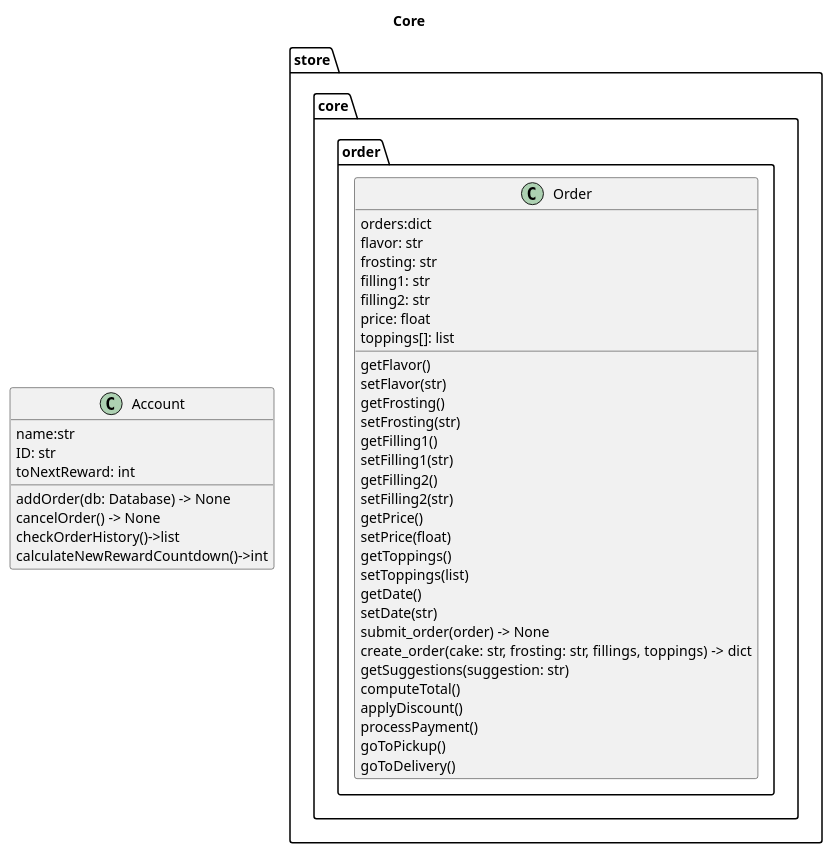
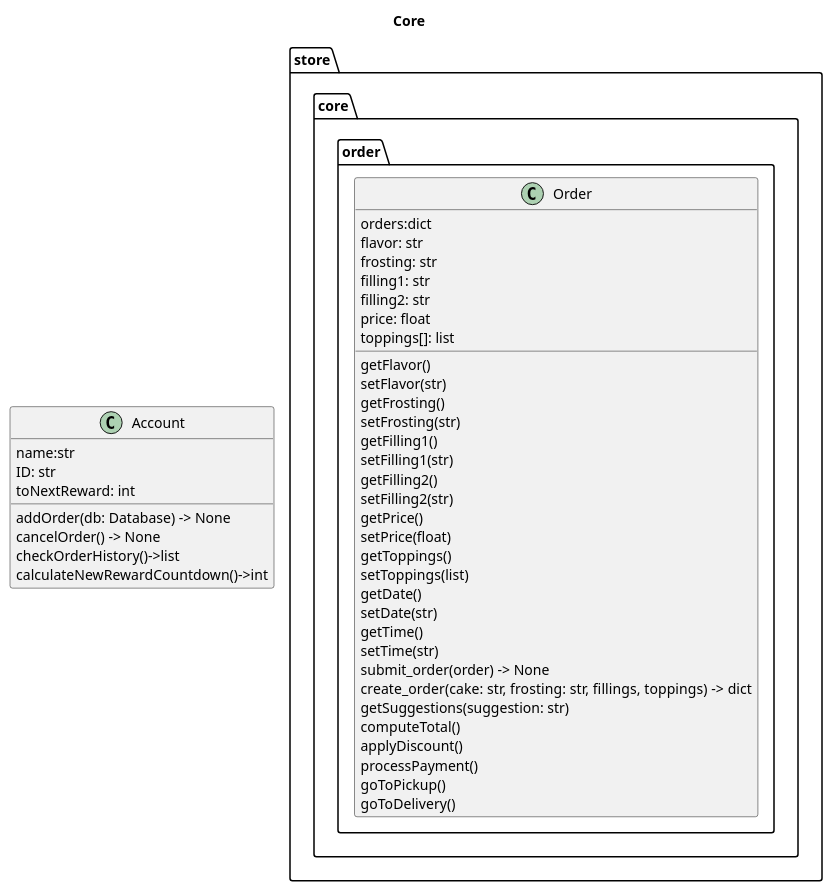
The diagram in core/class.puml (mnguye49/finalProject), drawn with PlantUML before and after one commit.

```diff
--- a/core/class.puml
+++ b/core/class.puml
@@ -1,43 +1,45 @@
 @startuml class
 title Core
 class "Order" as store.core.order.Order {
     orders:dict
     flavor: str
     frosting: str
     filling1: str
     filling2: str
     price: float
     toppings[]: list
     getFlavor()
     setFlavor(str)
     getFrosting()
     setFrosting(str)
     getFilling1()
     setFilling1(str)
     getFilling2()
     setFilling2(str)
     getPrice()
     setPrice(float)
     getToppings()
     setToppings(list)
     getDate()
     setDate(str)
+    getTime()
+    setTime(str)
     submit_order(order) -> None
     create_order(cake: str, frosting: str, fillings, toppings) -> dict
     getSuggestions(suggestion: str)
     computeTotal()
     applyDiscount()
     processPayment()
     goToPickup()
     goToDelivery()
 }
 class Account {
     name:str
     ID: str
     toNextReward: int
     addOrder(db: Database) -> None
     cancelOrder() -> None
     checkOrderHistory()->list
     calculateNewRewardCountdown()->int
 }
 @enduml
```
